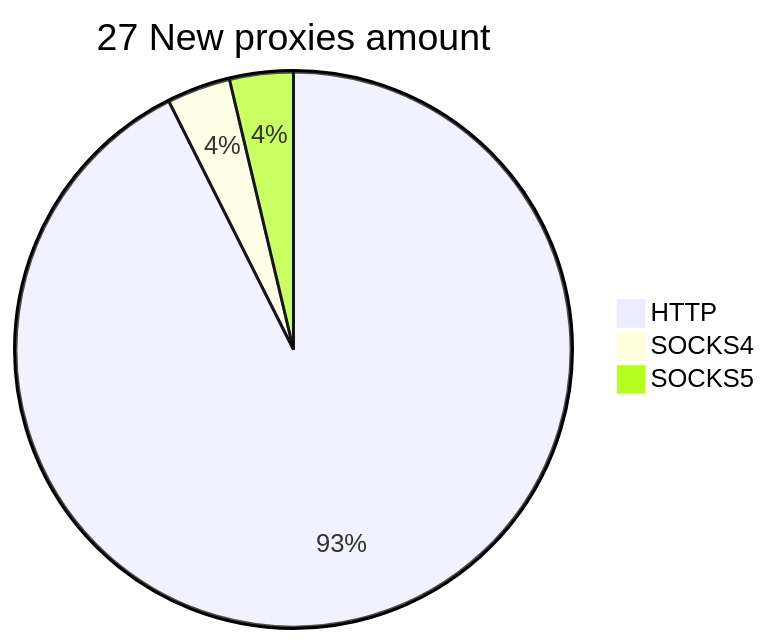
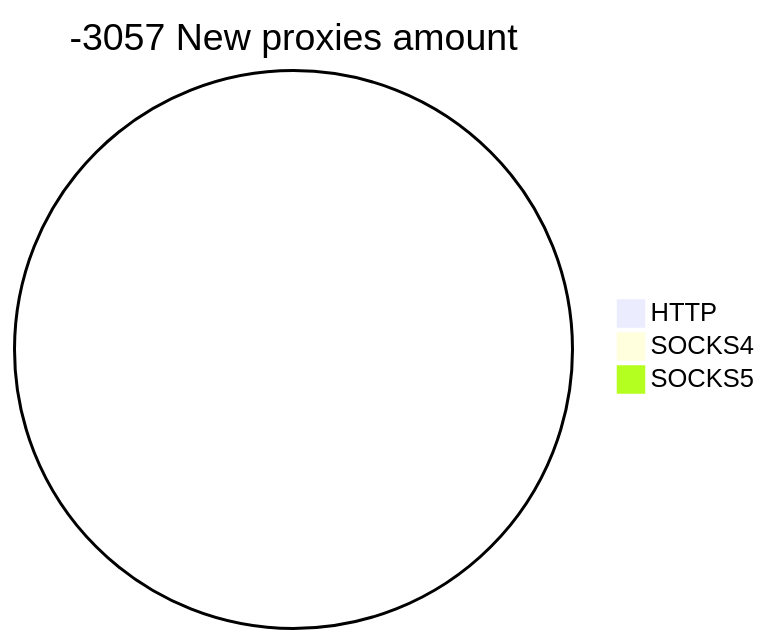
The second of 2 diagrams in README.md (cutipu/proxylist), drawn with Mermaid before and after one commit. The commit also changed other lines of this file, not shown here.

````diff
--- a/README.md
+++ b/README.md
@@ -10,6 +10,6 @@
 ```mermaid
-pie title 27 New proxies amount
-    "HTTP" : 25
-    "SOCKS4" : 1
-    "SOCKS5" : 1
+pie title -3057 New proxies amount
+    "HTTP" : 0
+    "SOCKS4" : 0
+    "SOCKS5" : 0
 ```
````
